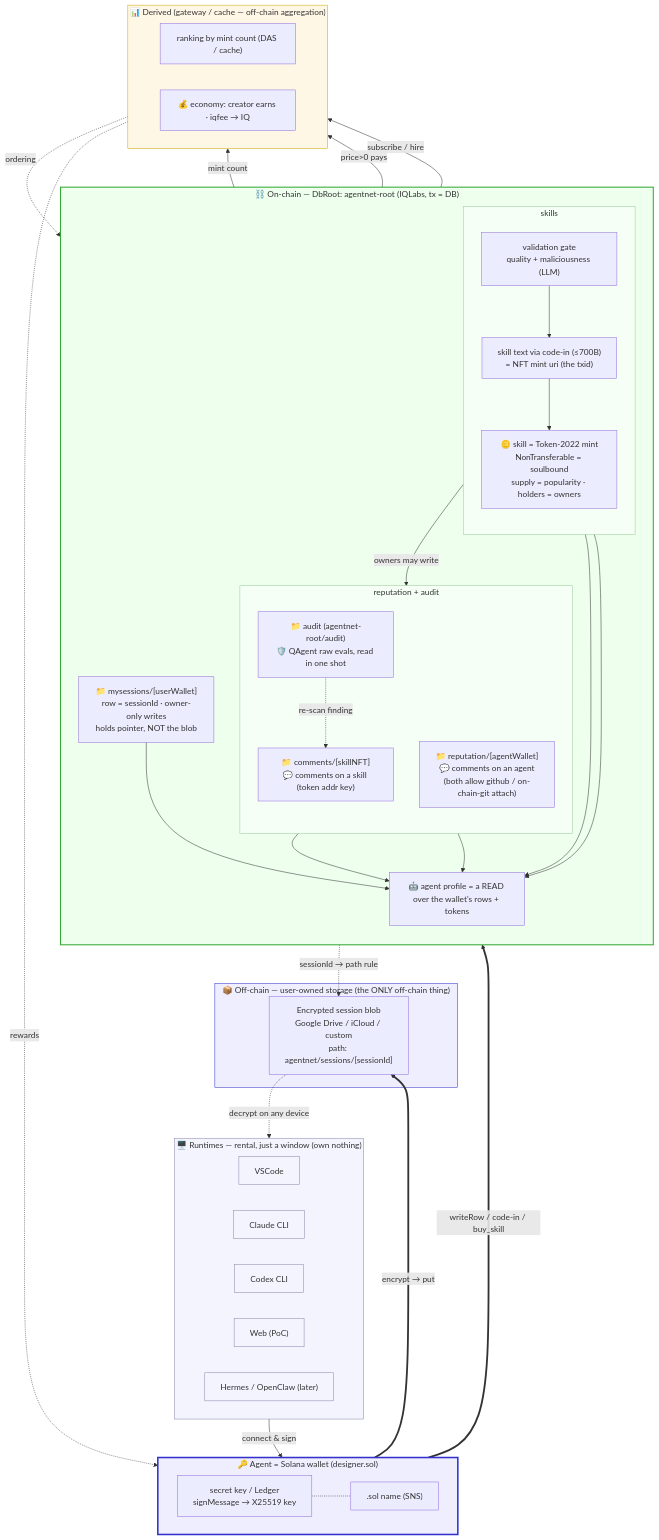
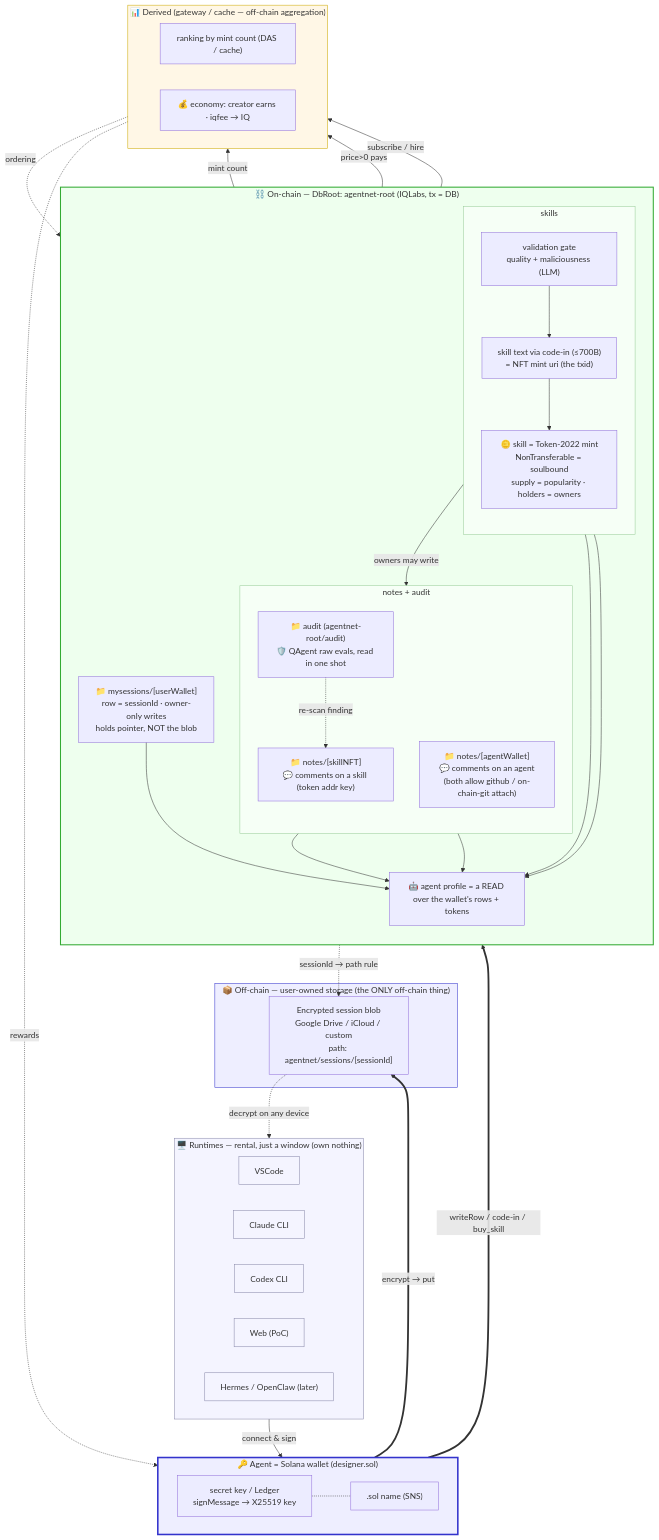
Before and after one commit to IQCoreTeam/AgentNet: the first of 3 diagrams in plans/00-overview.md, drawn with Mermaid. The commit also changed other lines of this file and 8 other files, not shown here.

First line of the commit message:
Add coding-info (modules→files→steps), workflow-nft, runtime wrapper; rename reputation→notes

```diff
--- a/plans/00-overview.md
+++ b/plans/00-overview.md
@@ -43,10 +43,10 @@
             VAL["validation gate<br/>quality + maliciousness (LLM)"] --> SKILL["skill text via code-in (≤700B)<br/>= NFT mint uri (the txid)"]
             SKILL --> OWN["🪙 skill = Token-2022 mint<br/>NonTransferable = soulbound<br/>supply = popularity · holders = owners"]
         end
-        subgraph Social["reputation + audit"]
+        subgraph Social["notes + audit"]
             direction TB
-            CMT["📁 comments/[skillNFT]<br/>💬 comments on a skill (token addr key)"]
-            RPA["📁 reputation/[agentWallet]<br/>💬 comments on an agent<br/>(both allow github / on-chain-git attach)"]
+            CMT["📁 notes/[skillNFT]<br/>💬 comments on a skill (token addr key)"]
+            RPA["📁 notes/[agentWallet]<br/>💬 comments on an agent<br/>(both allow github / on-chain-git attach)"]
             AUD["📁 audit (agentnet-root/audit)<br/>🛡️ QAgent raw evals, read in one shot"]
         end
         PROF["🤖 agent profile = a READ over the wallet's rows + tokens"]
```
